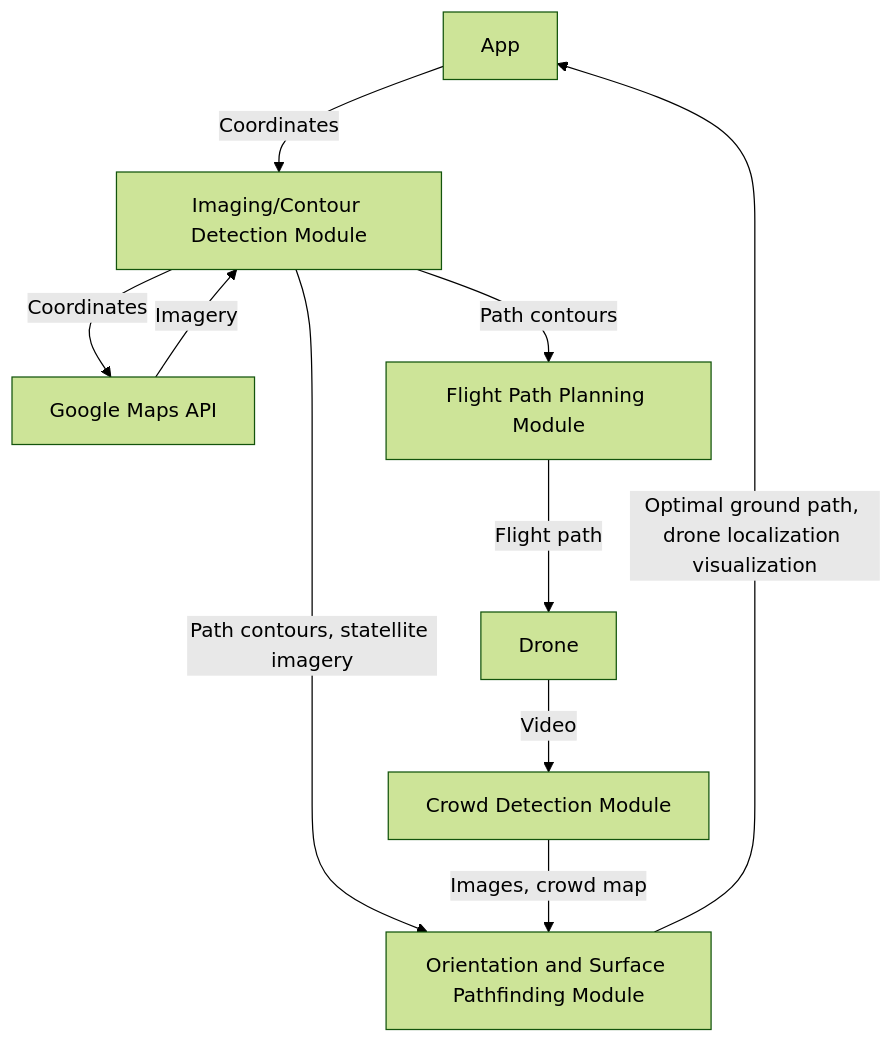
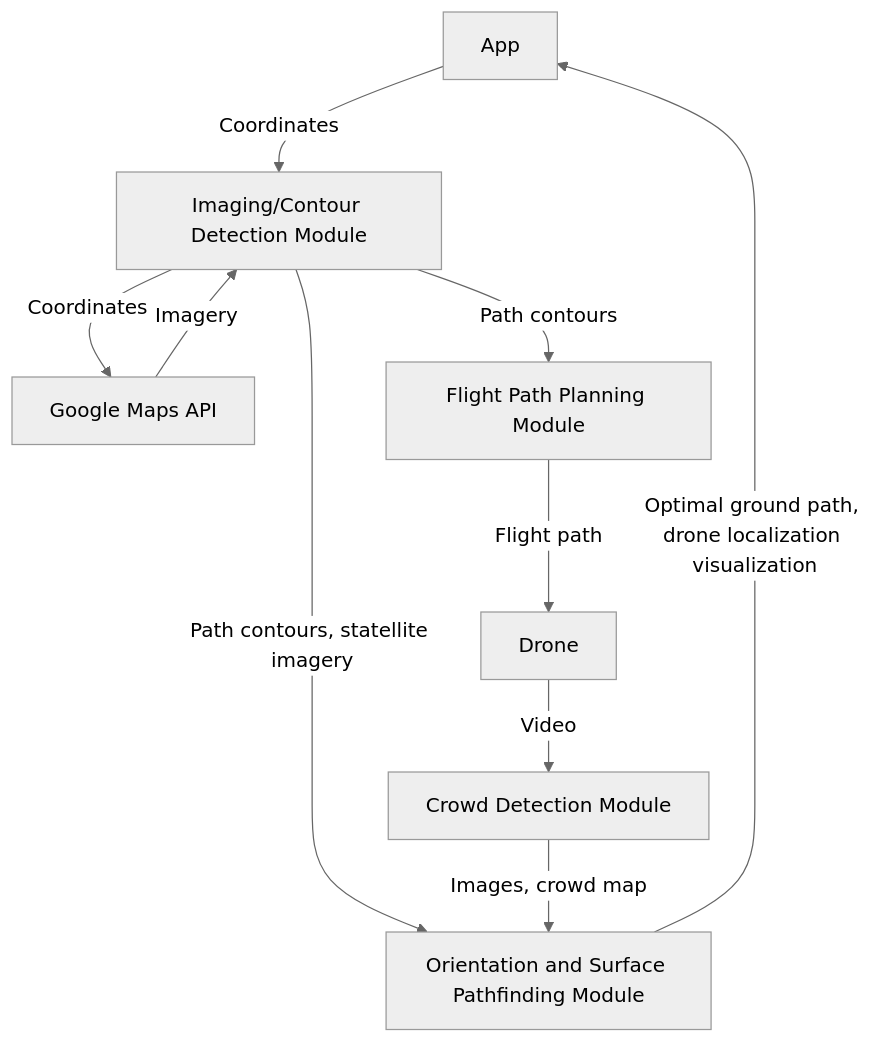
The diagram in README.md (maximuskiii/TartanHacks2024), drawn with Mermaid before and after one commit.

Commit message:
testing themes

````diff
--- a/README.md
+++ b/README.md
@@ -3,13 +3,13 @@
 ```mermaid
-%%{init: {'theme':'forest'}}%%
+%%{init: {'theme':'neutral'}}%%
 flowchart TB
     A[App] -->|Coordinates| B[Imaging/Contour Detection Module];
     B -->|Coordinates| C[Google Maps API];
     C -->|Imagery| B
     B -->|Path contours| D[Flight Path Planning Module]
     B -->|Path contours, statellite imagery| E[Orientation and Surface Pathfinding Module]
     D -->|Flight path| F[Drone]
     F -->|Video| G[Crowd Detection Module]
     G -->|Images, crowd map| E
     E -->|Optimal ground path, drone localization visualization| A
 ```
````
